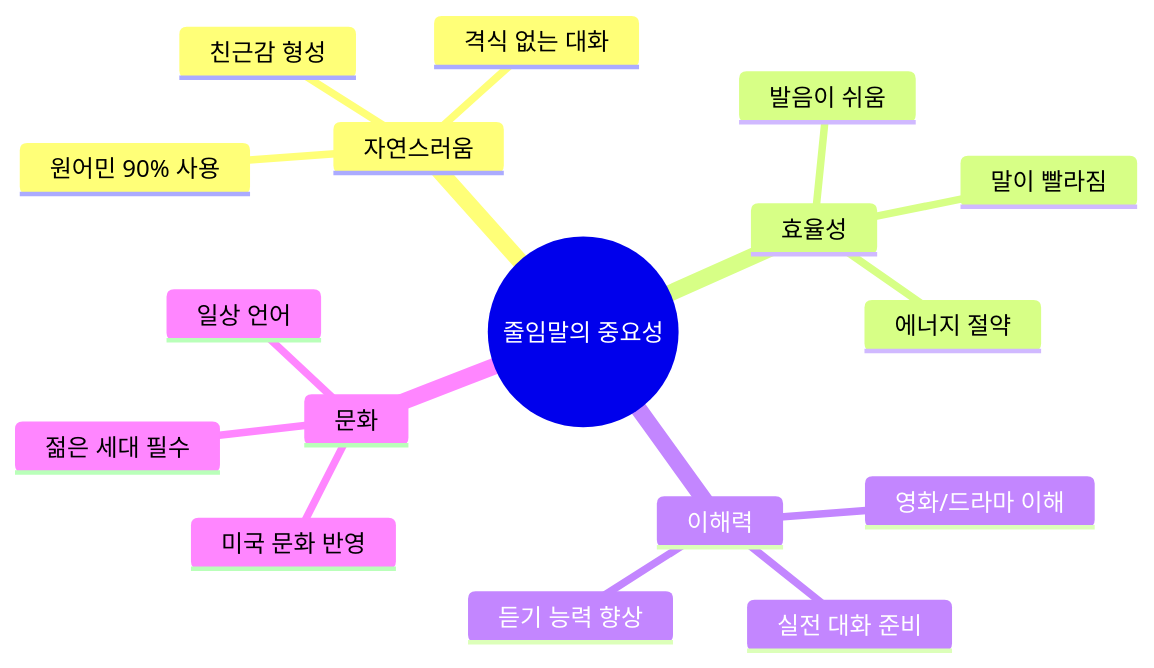
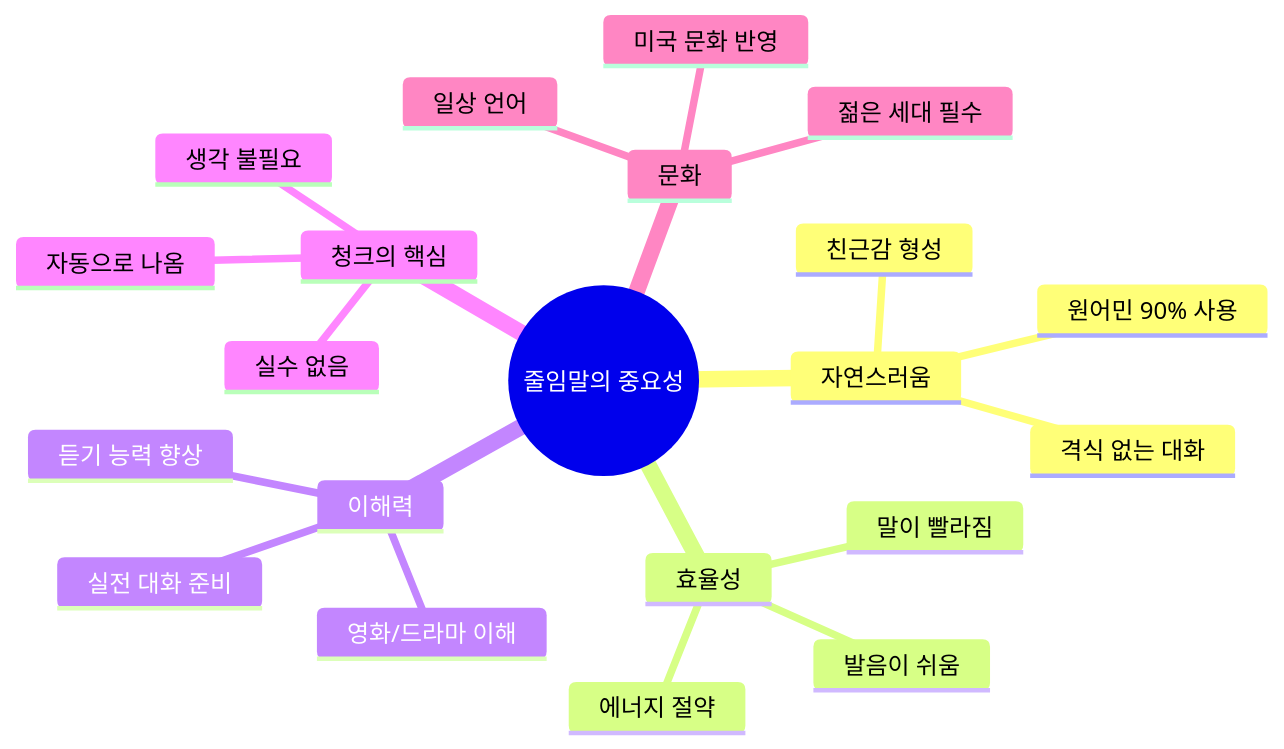
The first of 10 diagrams in 영어_일상_회화/표현_설명/기초_표현/01_줄임말_완전_분석.md (Collegenie-X/AI-English), drawn with Mermaid before and after one commit. The commit also changed other lines of this file and 26 other files, not shown here.

````diff
--- a/영어_일상_회화/표현_설명/기초_표현/01_줄임말_완전_분석.md
+++ b/영어_일상_회화/표현_설명/기초_표현/01_줄임말_완전_분석.md
@@ -23,20 +45,24 @@
 ```mermaid
 mindmap
   root((줄임말의 중요성))
     자연스러움
       원어민 90% 사용
       격식 없는 대화
       친근감 형성
     효율성
       발음이 쉬움
       말이 빨라짐
       에너지 절약
     이해력
       듣기 능력 향상
       영화/드라마 이해
       실전 대화 준비
+    청크의 핵심
+      자동으로 나옴
+      생각 불필요
+      실수 없음
     문화
       미국 문화 반영
       일상 언어
       젊은 세대 필수
 ```
````
